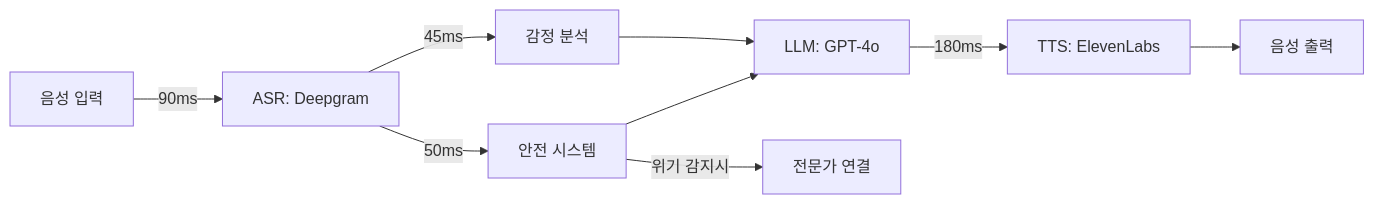
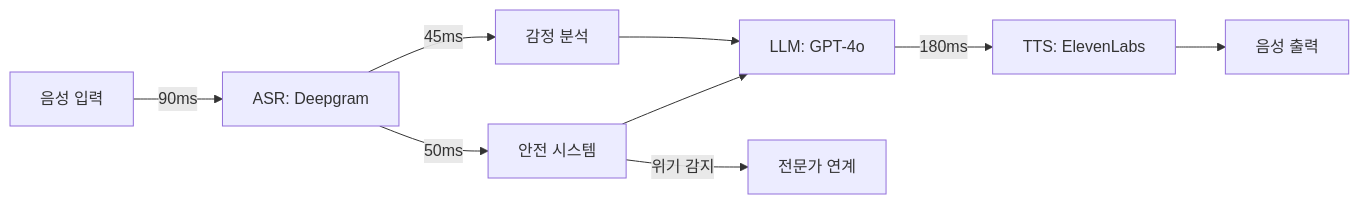
The diagram in README.md (genius8267/AI-_Intune-Care), drawn with Mermaid before and after one commit. The commit also changed other lines of this file, not shown here.

````diff
--- a/README.md
+++ b/README.md
@@ -132,12 +150,12 @@
 ```mermaid
 graph LR
     A[음성 입력] -->|90ms| B[ASR: Deepgram]
     B -->|50ms| C[안전 시스템]
     B -->|45ms| D[감정 분석]
     C --> E[LLM: GPT-4o]
     D --> E
     E -->|180ms| F[TTS: ElevenLabs]
     F --> G[음성 출력]
     
-    C -->|위기 감지시| H[전문가 연결]
+    C -->|위기 감지| H[전문가 연계]
 ```
````
